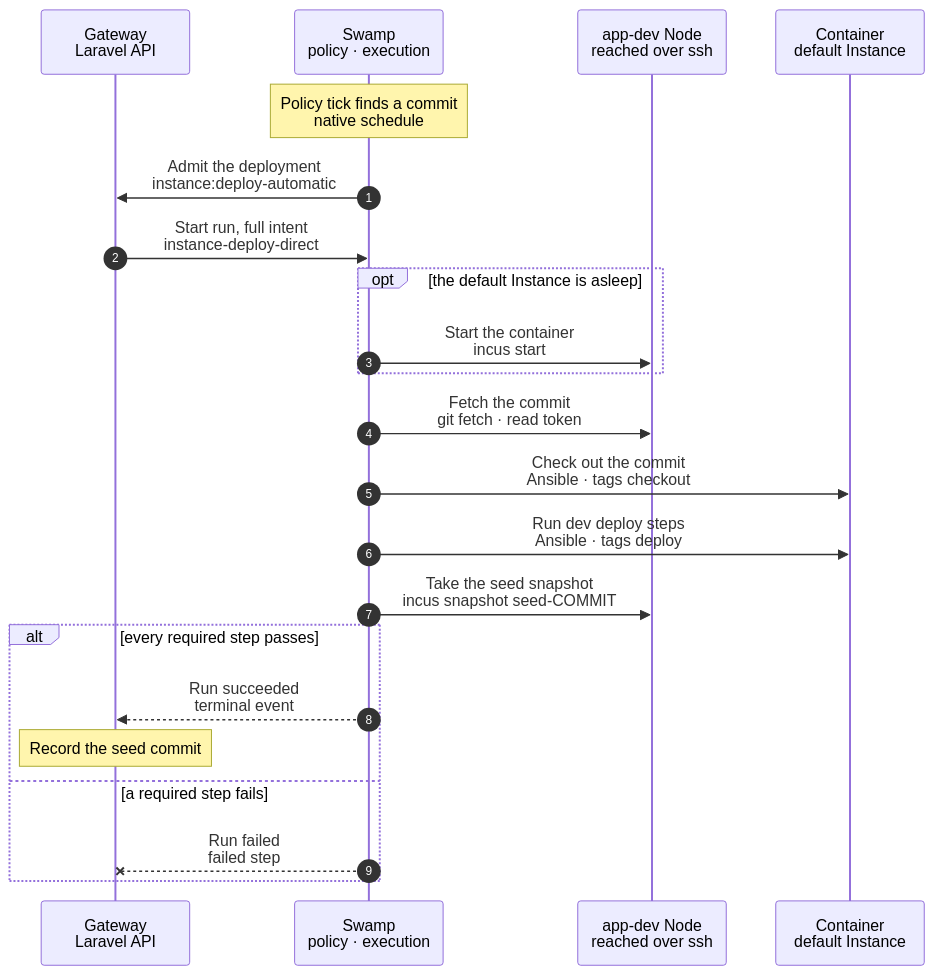
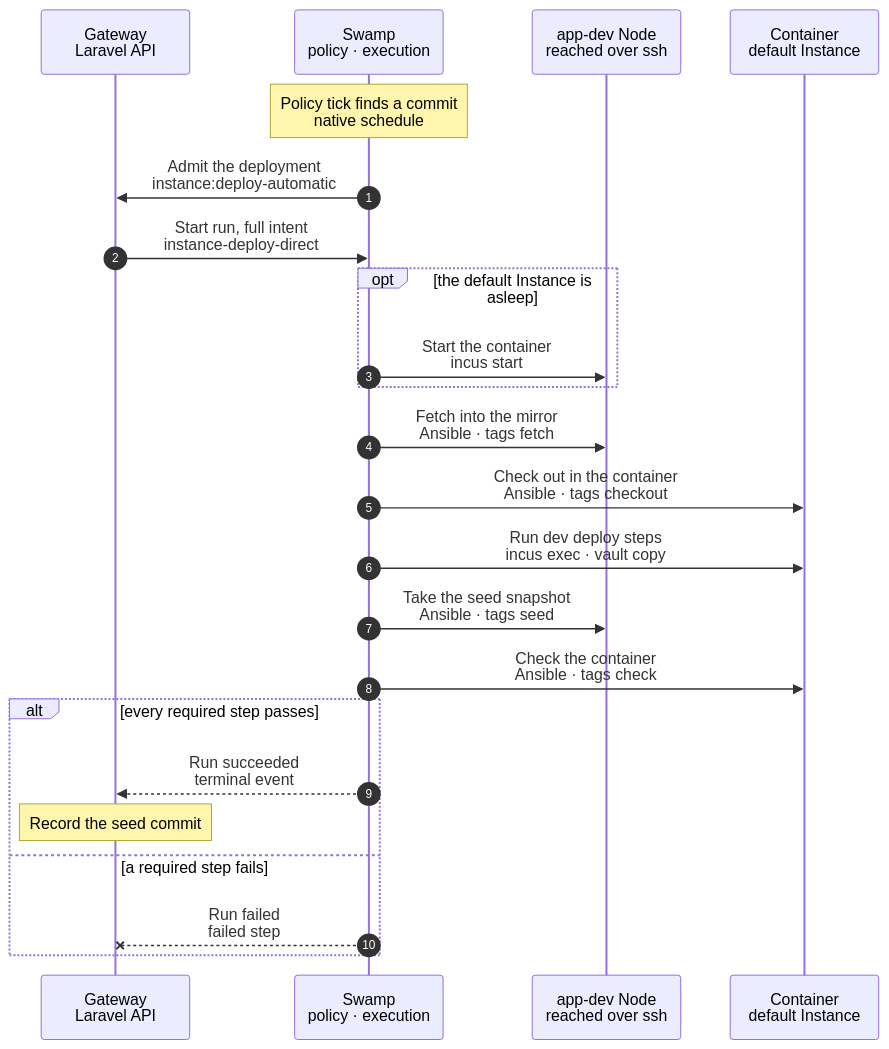
One commit to hardimpactdev/orbit changed the diagram in docs/cli/instance/container/deploy-default.mmd. Above: the diagram before and after it, drawn with Mermaid. The commit also changed 9 other files, not shown here.

First line of the commit message:
docs: specify the first default Instance in a container and its deployments (PR 4)

```diff
--- a/docs/cli/instance/container/deploy-default.mmd
+++ b/docs/cli/instance/container/deploy-default.mmd
@@ -1,48 +1,52 @@
 sequenceDiagram
   %% Target design, container runtime (ADR 0250 step 3, docs/reference/development-containers.md#the-default-instance): the automatic development deployment of docs/reference/deployments.md, in the default Instance's container. Swamp's policy finds the commit, as it does today; the Gateway admits the deployment and records its result. When the charts move into place, this becomes the development branch of the deploy chart.
   %% status: draft
   %% command: none · automatic deployment policy
   %% kind: instance.deploy
   autonumber
   %% lane GW icon=gateway pill=intent tone=blue
   %% lane SW icon=workflow pill=executes tone=green
   %% lane N icon=server pill=target tone=amber
   %% lane C icon=server pill=target tone=purple
   participant GW as Gateway<br/>Laravel API
   participant SW as Swamp<br/>policy · execution
   participant N as app-dev Node<br/>reached over ssh
   participant C as Container<br/>default Instance
   Note over SW: Policy tick finds a commit<br/>native schedule
   %%> What it does:
   %%> - Swamp's automatic deployment policy reads the default branch head and the checks, as it does today; it owns discovery, backoff and the retry limit
   SW->>GW: Admit the deployment<br/>instance:deploy-automatic
   %%> What it does:
   %%> - the Gateway admits `instance.deploy` for that exact commit, with the Instance lock and a repository read token in the vault
   GW->>SW: Start run, full intent<br/>instance-deploy-direct
   opt the default Instance is asleep
     SW->>N: Start the container<br/>incus start
   end
-  SW->>N: Fetch the commit<br/>git fetch · read token
+  SW->>N: Fetch into the mirror<br/>Ansible · tags fetch
   %%> What it does:
-  %%> - fetches on the Node and pushes the commit into the container's repository; the token never enters the container
-  SW->>C: Check out the commit<br/>Ansible · tags checkout
+  %%> - fetches into the Node's mirror and pushes the branch into the container as a bundle; the token never enters the container
+  %%> - a pinned commit off the branch's first-parent chain refuses `deployment.commit_not_on_branch`
+  SW->>C: Check out in the container<br/>Ansible · tags checkout
   %%> What it does:
   %%> - the same checks as a checkout default: a dirty tree refuses `deployment.checkout_dirty`, a diverged branch `deployment.branch_diverged`
-  SW->>C: Run dev deploy steps<br/>Ansible · tags deploy
+  SW->>C: Run dev deploy steps<br/>incus exec · vault copy
   %%> What it does:
   %%> - the Project's development deploy steps, as `orbit`: they install changed dependencies and migrate
-  %%> - restarts the Processes whose code changed
-  SW->>N: Take the seed snapshot<br/>incus snapshot seed-COMMIT
+  SW->>N: Take the seed snapshot<br/>Ansible · tags seed
   %%> What it does:
   %%> - stops the default's Processes for a moment, snapshots the container and starts them again, so clones copy no half-written file
   %%> - deletes older seed snapshots that no clone uses
+  %%> - starting the units again restarts them on the new code
+  SW->>C: Check the container<br/>Ansible · tags check
+  %%> What it does:
+  %%> - the branch is checked out at the commit and the units are active, else `deployment.branch_changed` or `deployment.processes_inactive`
   alt every required step passes
     SW-->>GW: Run succeeded<br/>terminal event
     Note over GW: Record the seed commit
     %%> Result:
     %%> - new clones start at this snapshot; existing clones do not change
   else a required step fails
     SW--xGW: Run failed<br/>failed step
     %%> Result:
     %%> - no new seed snapshot is taken, so clones keep starting at the last commit that deployed; Swamp's policy retries after its backoff
   end
```
